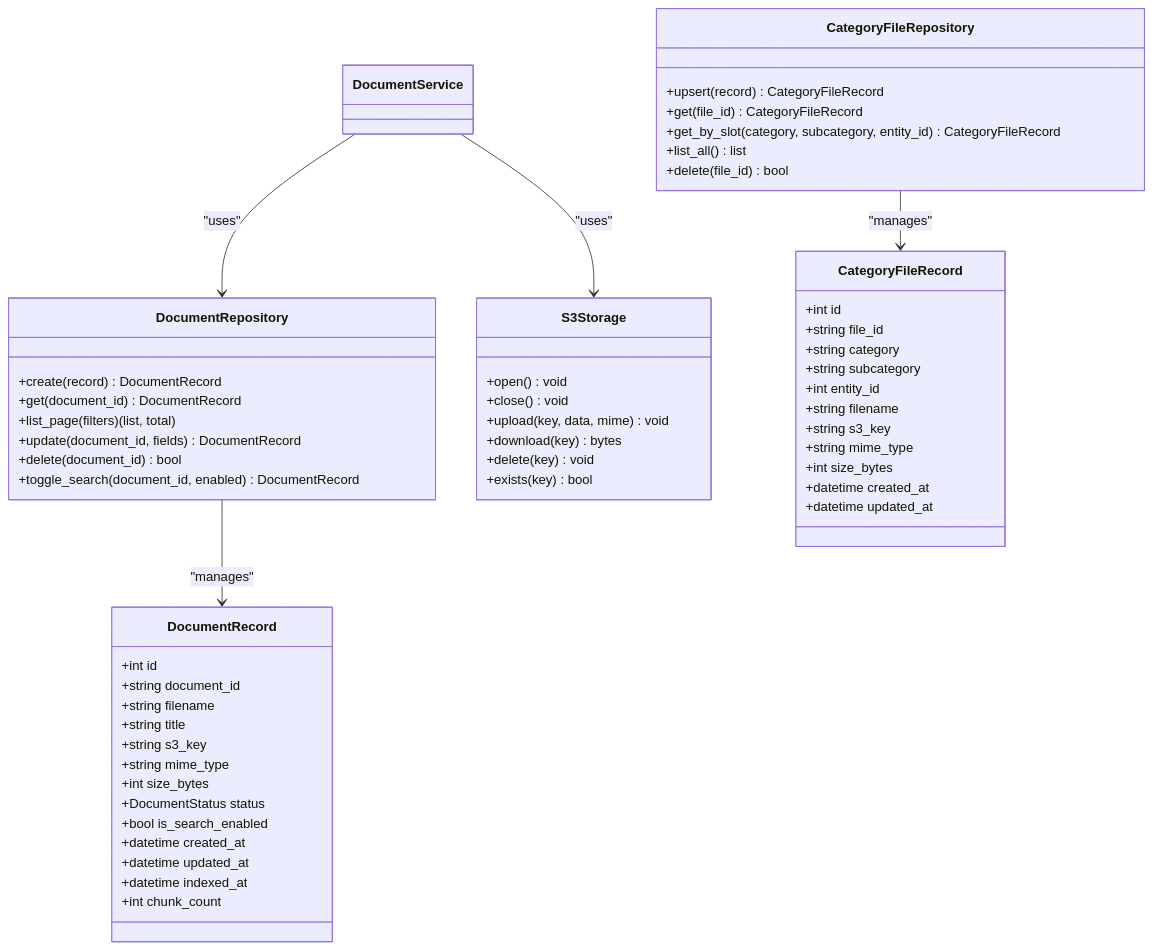
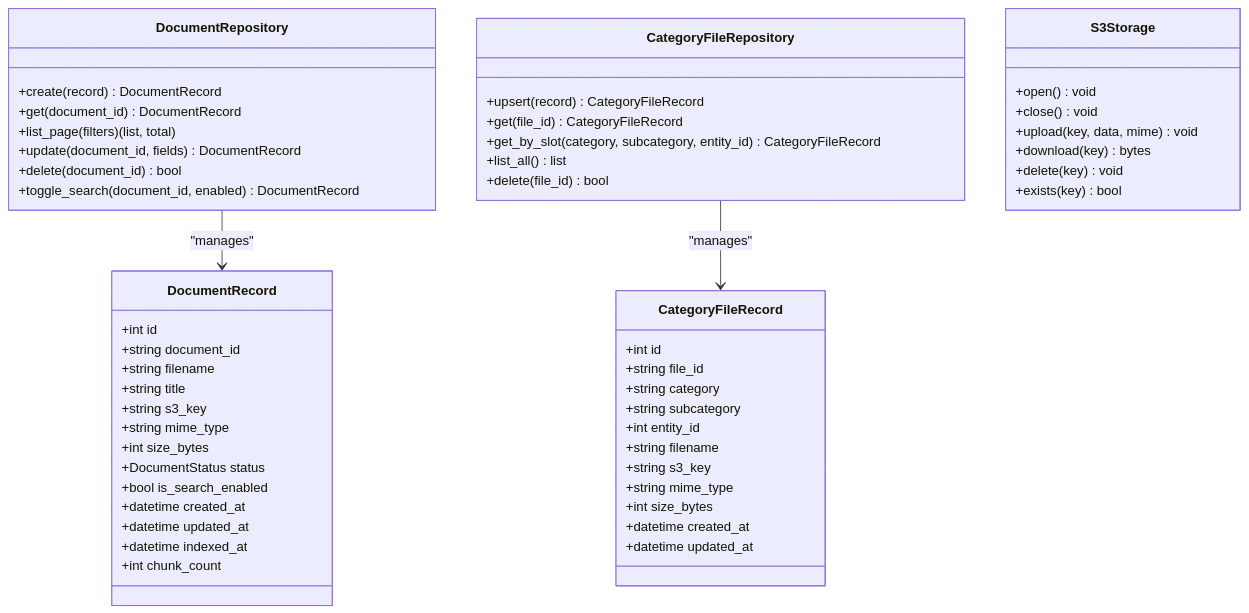
One commit to ognelis/cafetera_hr_bot changed the fifth of 8 diagrams in .qoder/repowiki/en/content/API Reference/Resource Management System.md. Above: the diagram before and after it, drawn with Mermaid. The commit also changed other lines of this file and 51 other files, not shown here.

````diff
--- a/.qoder/repowiki/en/content/API Reference/Resource Management System.md
+++ b/.qoder/repowiki/en/content/API Reference/Resource Management System.md
@@ -340,58 +264,56 @@
 ```mermaid
 classDiagram
 class DocumentRepository {
 +create(record) DocumentRecord
 +get(document_id) DocumentRecord
 +list_page(filters) (list, total)
 +update(document_id, fields) DocumentRecord
 +delete(document_id) bool
 +toggle_search(document_id, enabled) DocumentRecord
 }
 class CategoryFileRepository {
 +upsert(record) CategoryFileRecord
 +get(file_id) CategoryFileRecord
 +get_by_slot(category, subcategory, entity_id) CategoryFileRecord
 +list_all() list
 +delete(file_id) bool
 }
 class S3Storage {
 +open() void
 +close() void
 +upload(key, data, mime) void
 +download(key) bytes
 +delete(key) void
 +exists(key) bool
 }
 class DocumentRecord {
 +int id
 +string document_id
 +string filename
 +string title
 +string s3_key
 +string mime_type
 +int size_bytes
 +DocumentStatus status
 +bool is_search_enabled
 +datetime created_at
 +datetime updated_at
 +datetime indexed_at
 +int chunk_count
 }
 class CategoryFileRecord {
 +int id
 +string file_id
 +string category
 +string subcategory
 +int entity_id
 +string filename
 +string s3_key
 +string mime_type
 +int size_bytes
 +datetime created_at
 +datetime updated_at
 }
 DocumentRepository --> DocumentRecord : "manages"
 CategoryFileRepository --> CategoryFileRecord : "manages"
-DocumentService --> DocumentRepository : "uses"
-DocumentService --> S3Storage : "uses"
 ```
````
